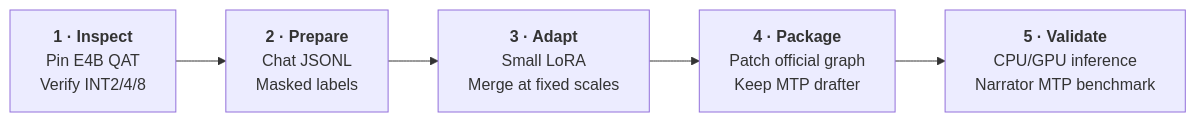
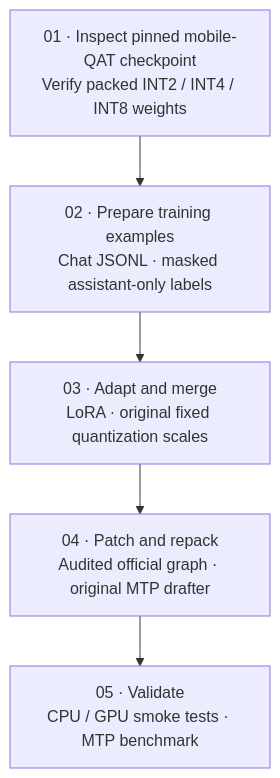
The diagram in README.md (robinkrystufek/Forge-E4B-p), drawn with Mermaid before and after one commit. The commit also changed other lines of this file, not shown here.

````diff
--- a/README.md
+++ b/README.md
@@ -21,9 +21,9 @@
 ```mermaid
-flowchart LR
-    A["`**1 · Inspect**<br/>Pin E4B QAT<br/>Verify INT2/4/8`"]
-    B["`**2 · Prepare**<br/>Chat JSONL<br/>Masked labels`"]
-    C["`**3 · Adapt**<br/>Small LoRA<br/>Merge at fixed scales`"]
-    D["`**4 · Package**<br/>Patch official graph<br/>Keep MTP drafter`"]
-    E["`**5 · Validate**<br/>CPU/GPU inference<br/>Narrator MTP benchmark`"]
+flowchart TD
+    A["01 · Inspect pinned mobile-QAT checkpoint<br/>Verify packed INT2 / INT4 / INT8 weights"]
+    B["02 · Prepare training examples<br/>Chat JSONL · masked assistant-only labels"]
+    C["03 · Adapt and merge<br/>LoRA · original fixed quantization scales"]
+    D["04 · Patch and repack<br/>Audited official graph · original MTP drafter"]
+    E["05 · Validate<br/>CPU / GPU smoke tests · MTP benchmark"]
     A --> B --> C --> D --> E
 ```
````
